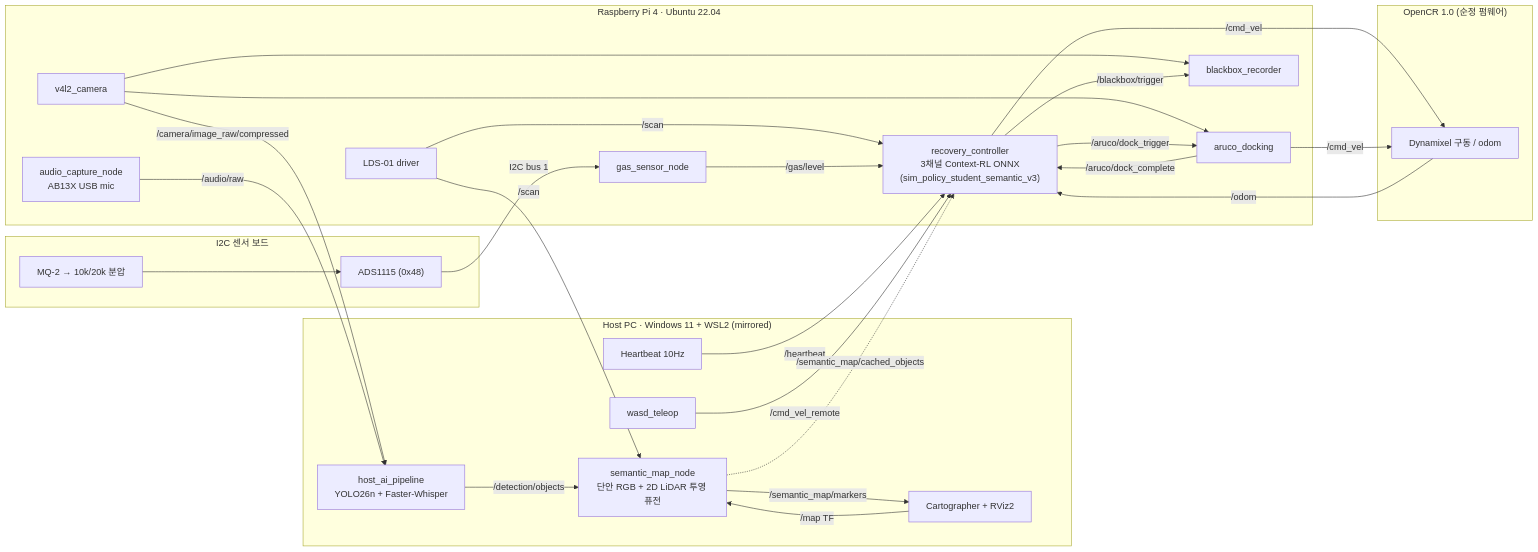
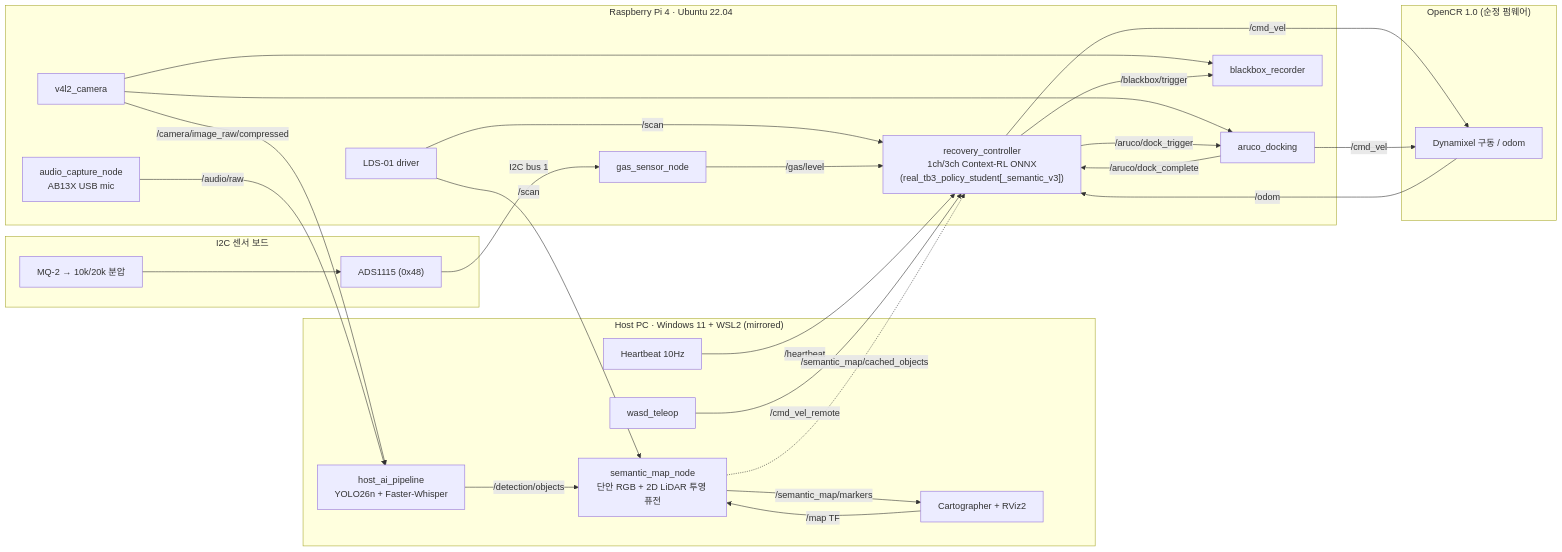
Before and after one commit to rjw136-lab/disaster_recovery_ws: the first of 3 diagrams in README.md, drawn with Mermaid. The commit also changed other lines of this file and 7 other files, not shown here.

````diff
--- a/README.md
+++ b/README.md
@@ -161,51 +160,51 @@
 ```mermaid
 flowchart LR
     subgraph HOST["Host PC · Windows 11 + WSL2 (mirrored)"]
         HB["Heartbeat 10Hz"]
         TELEOP["wasd_teleop"]
         AI["host_ai_pipeline<br/>YOLO26n + Faster-Whisper"]
         SM["semantic_map_node<br/>단안 RGB + 2D LiDAR 투영 퓨전"]
         SLAM["Cartographer + RViz2"]
     end
 
     subgraph RPI["Raspberry Pi 4 · Ubuntu 22.04"]
-        RC["recovery_controller<br/>3채널 Context-RL ONNX<br/>(sim_policy_student_semantic_v3)"]
+        RC["recovery_controller<br/>1ch/3ch Context-RL ONNX<br/>(real_tb3_policy_student[_semantic_v3])"]
         AD["aruco_docking"]
         BB["blackbox_recorder"]
         GB["gas_sensor_node"]
         CAM["v4l2_camera"]
         MIC["audio_capture_node<br/>AB13X USB mic"]
         LDS["LDS-01 driver"]
     end
 
     subgraph SENS["I2C 센서 보드"]
         MQ2["MQ-2 → 10k/20k 분압"]
         ADS["ADS1115 (0x48)"]
     end
 
     subgraph OCR["OpenCR 1.0 (순정 펌웨어)"]
         MOT["Dynamixel 구동 / odom"]
     end
 
     HB -- "/heartbeat" --> RC
     TELEOP -- "/cmd_vel_remote" --> RC
     CAM -- "/camera/image_raw/compressed" --> AI
     MIC -- "/audio/raw" --> AI
     AI -- "/detection/objects" --> SM
     LDS -- "/scan" --> SM
     SLAM -- "/map TF" --> SM
     SM -- "/semantic_map/markers" --> SLAM
     SM -. "/semantic_map/cached_objects" .-> RC
     CAM --> AD
     CAM --> BB
     LDS -- "/scan" --> RC
     MOT -- "/odom" --> RC
     MQ2 --> ADS
     ADS -- "I2C bus 1" --> GB
     GB -- "/gas/level" --> RC
     RC -- "/cmd_vel" --> MOT
     AD -- "/cmd_vel" --> MOT
     RC -- "/aruco/dock_trigger" --> AD
     AD -- "/aruco/dock_complete" --> RC
     RC -- "/blackbox/trigger" --> BB
 ```
````
